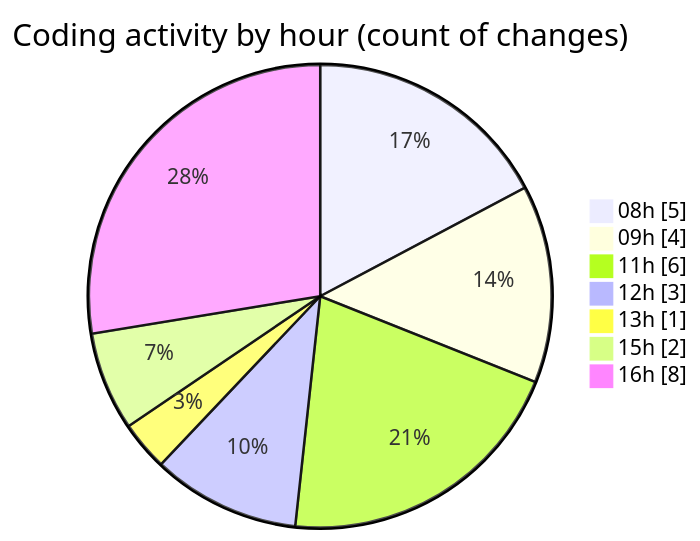
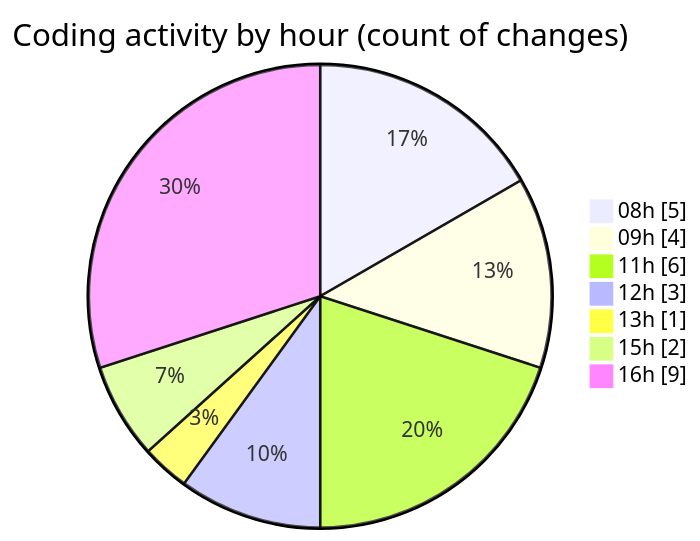
The second of 2 diagrams in 2026-05-05/cilapp/README.md (ricardozamudiocil/code-tracking), drawn with Mermaid before and after one commit. The commit also changed other lines of this file and 1 other file, not shown here.

````diff
--- a/2026-05-05/cilapp/README.md
+++ b/2026-05-05/cilapp/README.md
@@ -34,11 +34,11 @@
 ```mermaid
 pie showData
 title Coding activity by hour (count of changes)
 "08h" : 5
 "09h" : 4
 "11h" : 6
 "12h" : 3
 "13h" : 1
 "15h" : 2
-"16h" : 8
+"16h" : 9
 ```
````
